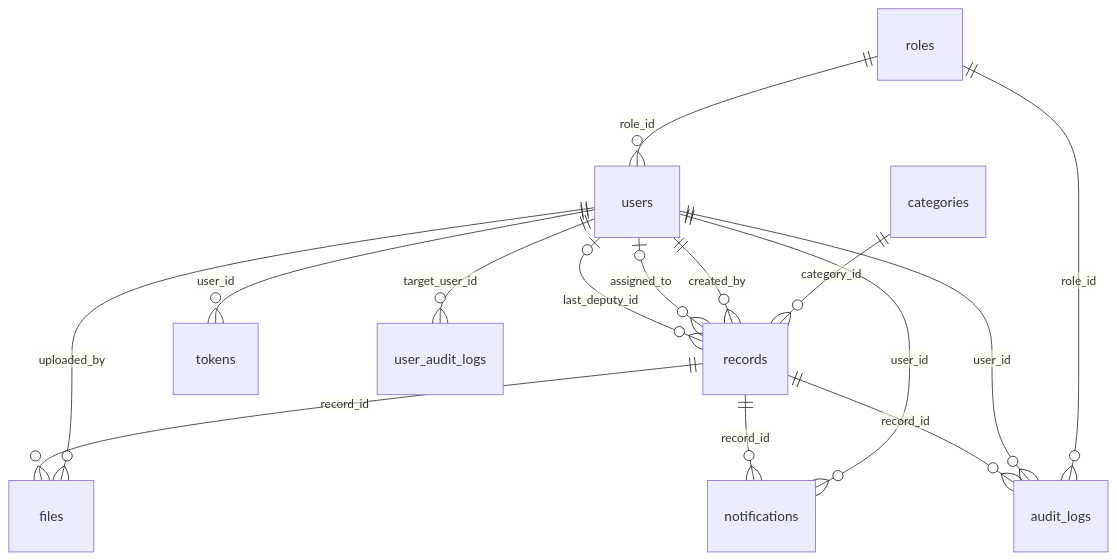
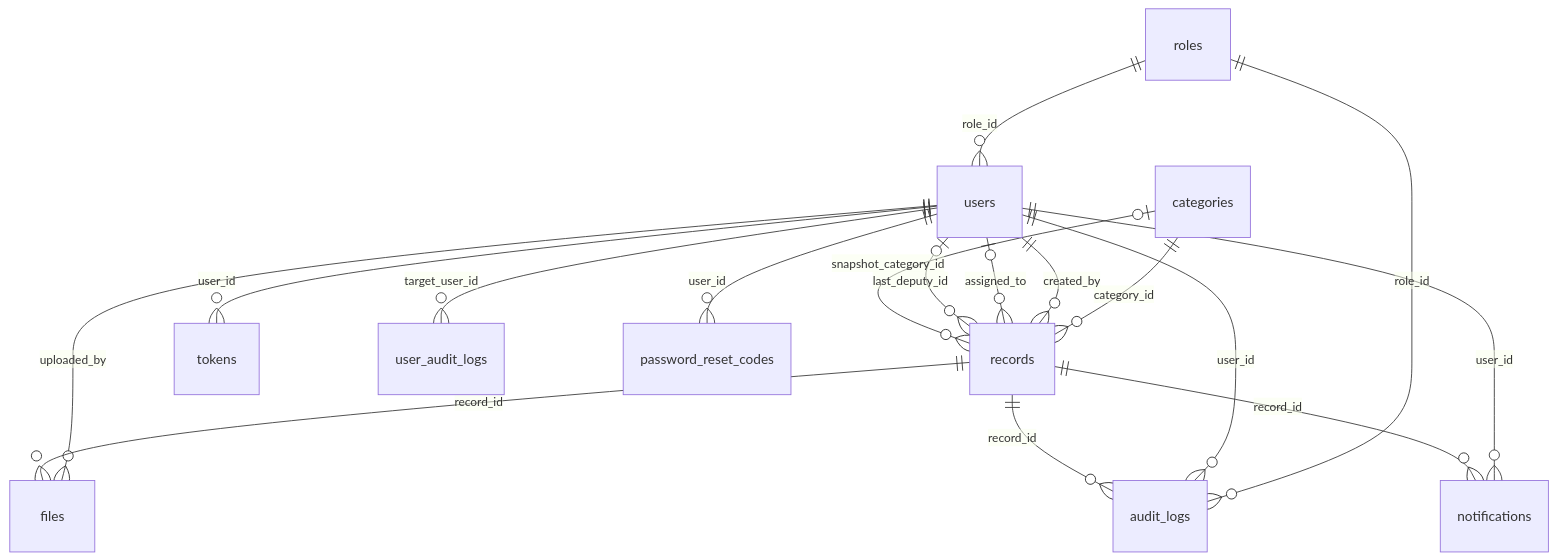
The diagram in docs/database.md (btkstajyer26/WorkFlowProject), drawn with Mermaid before and after one commit. The commit also changed other lines of this file and 2 other files, not shown here.

````diff
--- a/docs/database.md
+++ b/docs/database.md
@@ -36,17 +36,19 @@
 ```mermaid
 erDiagram
     roles ||--o{ users : "role_id"
     roles ||--o{ audit_logs : "role_id"
     categories ||--o{ records : "category_id"
     users ||--o{ tokens : "user_id"
     users ||--o{ records : "created_by"
     users |o--o{ records : "assigned_to"
     users |o--o{ records : "last_deputy_id"
     users ||--o{ files : "uploaded_by"
     users ||--o{ audit_logs : "user_id"
     users ||--o{ notifications : "user_id"
     users ||--o{ user_audit_logs : "target_user_id"
+    users ||--o{ password_reset_codes : "user_id"
     records ||--o{ files : "record_id"
     records ||--o{ audit_logs : "record_id"
     records ||--o{ notifications : "record_id"
+    categories |o--o{ records : "snapshot_category_id"
 ```
````
